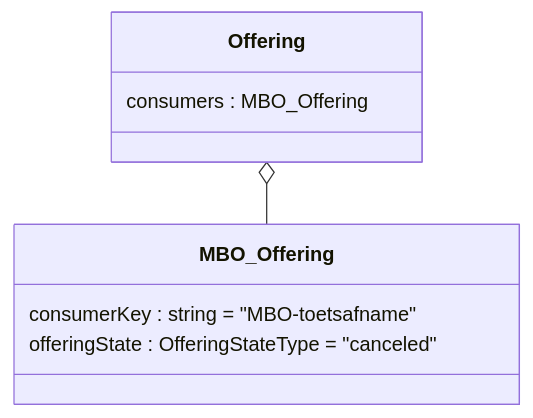
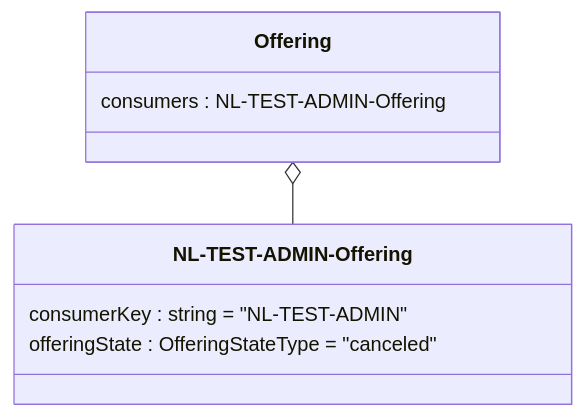
One commit to NetwerkExamineringDigitalisering/NED-OOAPI changed the ninth of 10 diagrams in doc/flow2.md. Above: the diagram before and after it, drawn with Mermaid. The commit also changed other lines of this file and 11 other files, not shown here.

````diff
--- a/doc/flow2.md
+++ b/doc/flow2.md
@@ -384,11 +384,11 @@
 ```mermaid
 classDiagram
     class Offering {
-	consumers : MBO_Offering
+	consumers : NL-TEST-ADMIN-Offering
     }
-    class MBO_Offering {
-    	consumerKey : string = "MBO-toetsafname"
-	offeringState : OfferingStateType = "canceled"
+    class NL-TEST-ADMIN-Offering {
+    	consumerKey : string = "NL-TEST-ADMIN"
+		offeringState : OfferingStateType = "canceled"
     }
-    Offering o-- MBO_Offering
+    Offering o-- NL-TEST-ADMIN-Offering
 ```
````
